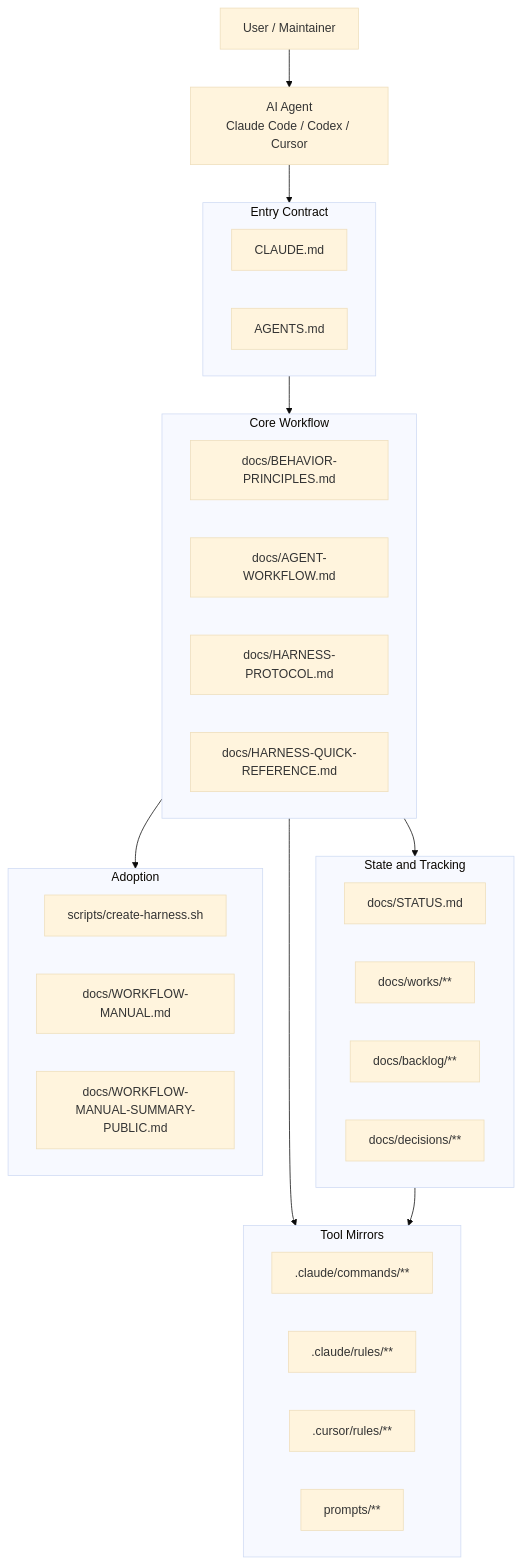
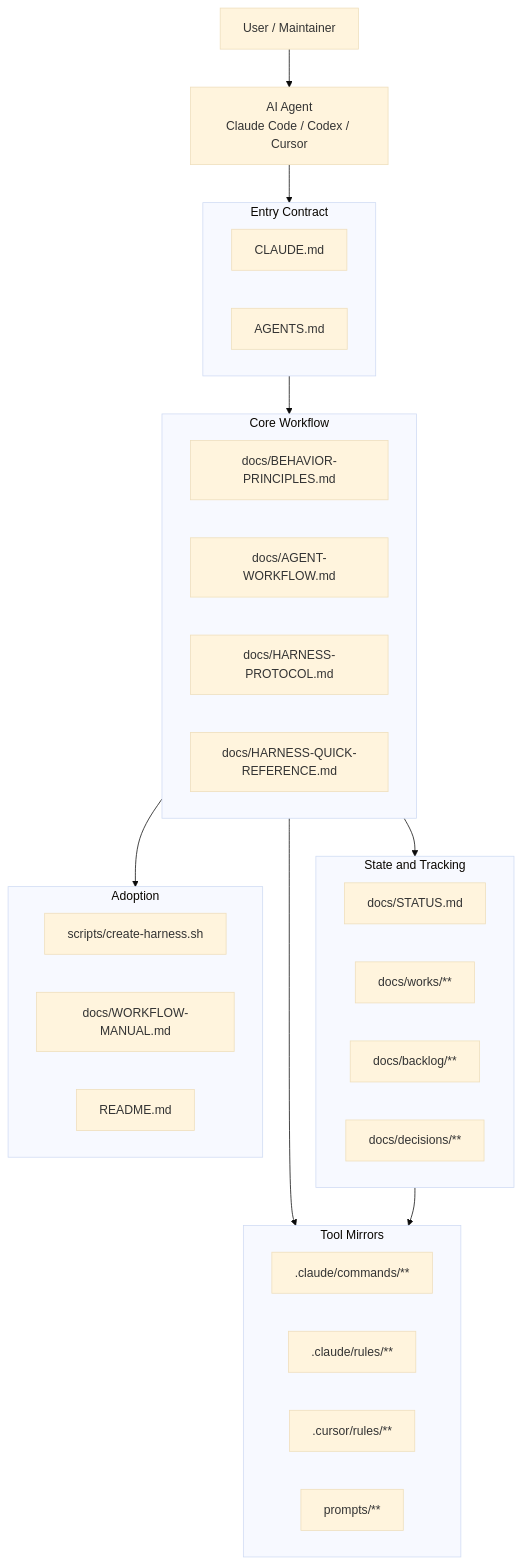
One commit to kyungseo/ai-workflow-harness changed the first of 5 diagrams in docs/HARNESS-STRUCTURE.md. Above: the diagram before and after it, drawn with Mermaid (base theme). The commit also changed 3 other files, not shown here.

First line of the commit message:
docs: WORKFLOW-MANUAL-SUMMARY-PUBLIC.md 삭제 및 참조 정리

````diff
--- a/docs/HARNESS-STRUCTURE.md
+++ b/docs/HARNESS-STRUCTURE.md
@@ -10,45 +10,45 @@
 ```mermaid
 graph TB
     USER["User / Maintainer"]
     AGENT["AI Agent\nClaude Code / Codex / Cursor"]
 
     subgraph ENTRY["Entry Contract"]
         CLAUDE["CLAUDE.md"]
         AGENTS["AGENTS.md"]
     end
 
     subgraph CORE["Core Workflow"]
         BP["docs/BEHAVIOR-PRINCIPLES.md"]
         AW["docs/AGENT-WORKFLOW.md"]
         HP["docs/HARNESS-PROTOCOL.md"]
         QR["docs/HARNESS-QUICK-REFERENCE.md"]
     end
 
     subgraph STATE["State and Tracking"]
         STATUS["docs/STATUS.md"]
         WORKS["docs/works/**"]
         BACKLOG["docs/backlog/**"]
         DR["docs/decisions/**"]
     end
 
     subgraph TOOLS["Tool Mirrors"]
         COMMANDS[".claude/commands/**"]
         CRULES[".claude/rules/**"]
         CURSOR[".cursor/rules/**"]
         PROMPTS["prompts/**"]
     end
 
     subgraph ADOPT["Adoption"]
         SCRIPT["scripts/create-harness.sh"]
         MANUAL["docs/WORKFLOW-MANUAL.md"]
-        SUMMARY["docs/WORKFLOW-MANUAL-SUMMARY-PUBLIC.md"]
+        README["README.md"]
     end
 
     USER --> AGENT
     AGENT --> ENTRY
     ENTRY --> CORE
     CORE --> STATE
     CORE --> TOOLS
     STATE --> TOOLS
     CORE --> ADOPT
 ```
````
